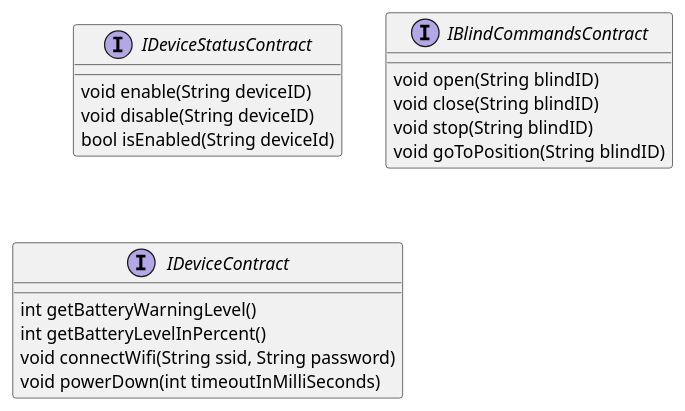
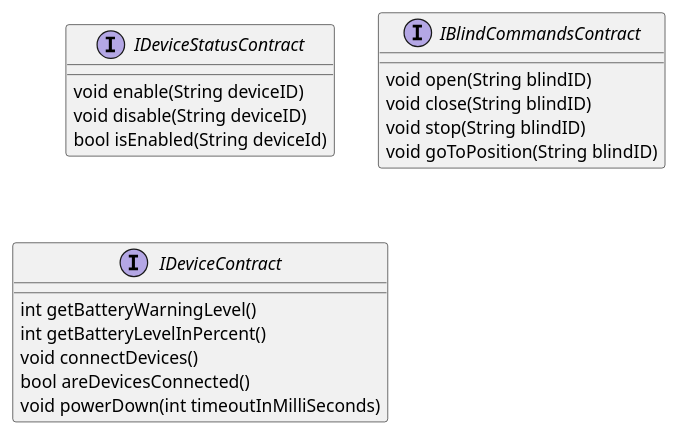
Before and after one commit to k-phi/M5Core2BlindsController: the diagram in documentation/diagrams/contracts.puml, drawn with PlantUML. The commit also changed 5 other files, not shown here.

Commit message:
Update architecture according to latest insights

```diff
--- a/documentation/diagrams/contracts.puml
+++ b/documentation/diagrams/contracts.puml
@@ -1,23 +1,24 @@
 @startuml Contracts
 
 interface IDeviceStatusContract {
     void enable(String deviceID)
     void disable(String deviceID)
     bool isEnabled(String deviceId)
 }
 
 interface IBlindCommandsContract {
     void open(String blindID)
     void close(String blindID)
     void stop(String blindID)
     void goToPosition(String blindID)
 }
 
 interface IDeviceContract {
     int getBatteryWarningLevel()
     int getBatteryLevelInPercent()
-    void connectWifi(String ssid, String password)
+    void connectDevices()
+    bool areDevicesConnected()
     void powerDown(int timeoutInMilliSeconds)
 }
 
 @enduml
```
